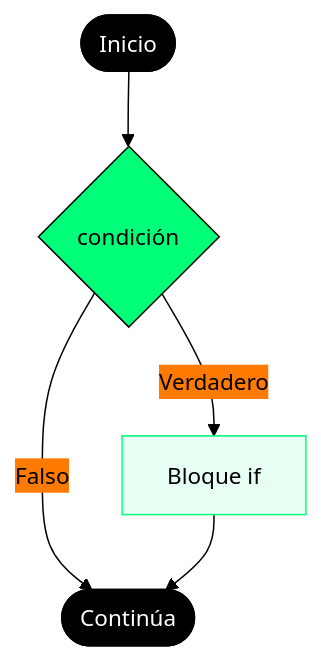
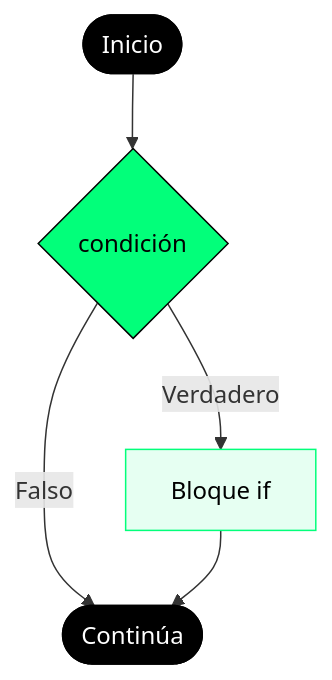
One commit to fzambran/fp2026-1 changed the first of 2 diagrams in estructuras_condicionales.qmd. Above: the diagram before and after it, drawn with Mermaid. The commit also changed other lines of this file and 6 other files, not shown here.

````diff
--- a/estructuras_condicionales.qmd
+++ b/estructuras_condicionales.qmd
@@ -117,18 +119,14 @@
 ```{mermaid}
-%%{init: {'theme': 'base', 'themeVariables': {
-  'primaryColor': '#02FF7A',
-  'primaryTextColor': '#000000',
-  'primaryBorderColor': '#000000',
-  'lineColor': '#000000',
-  'fontSize': '15px'
-}}}%%
+%%| fig-format: svg
+%%| fig-width: 6
+%%| fig-height: 5
 flowchart TD
     A([Inicio]) --> B{condición}
     B -->|Verdadero| C[Bloque if]
     B -->|Falso| D([Continúa])
     C --> D
     style B fill:#02FF7A,stroke:#000000,color:#000000
     style A fill:#000000,stroke:#000000,color:#ffffff
     style D fill:#000000,stroke:#000000,color:#ffffff
     style C fill:#e6fff2,stroke:#02FF7A,color:#000000
 ```
````
